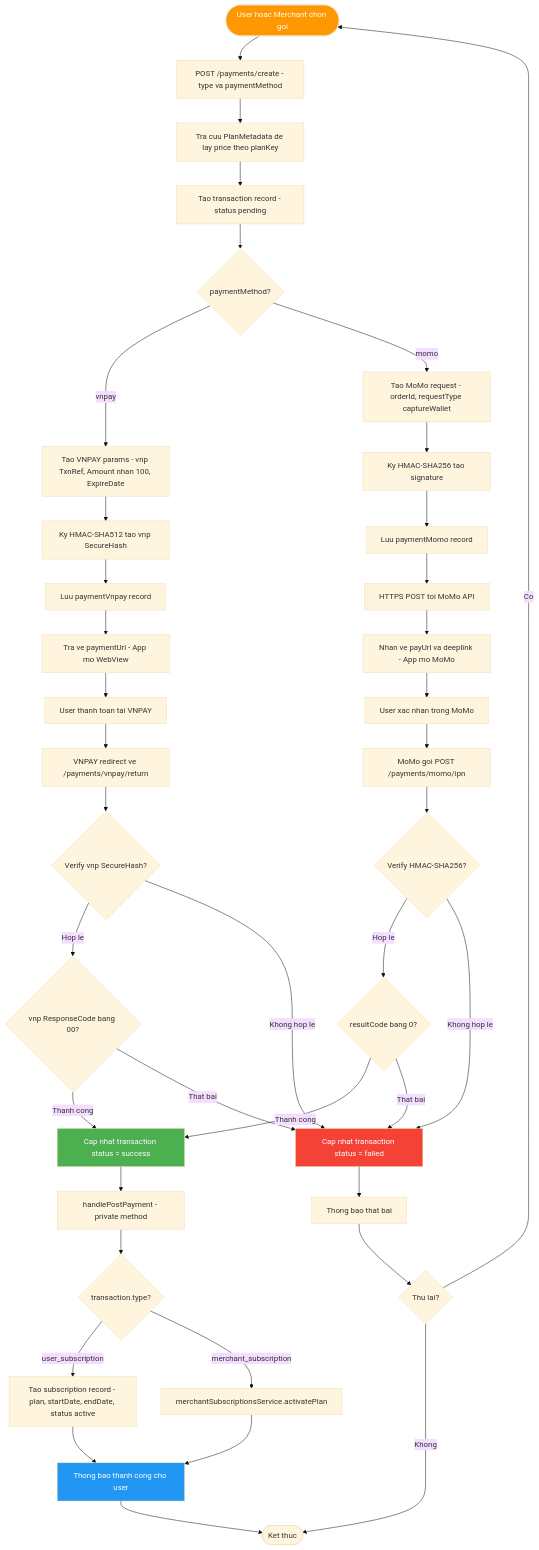
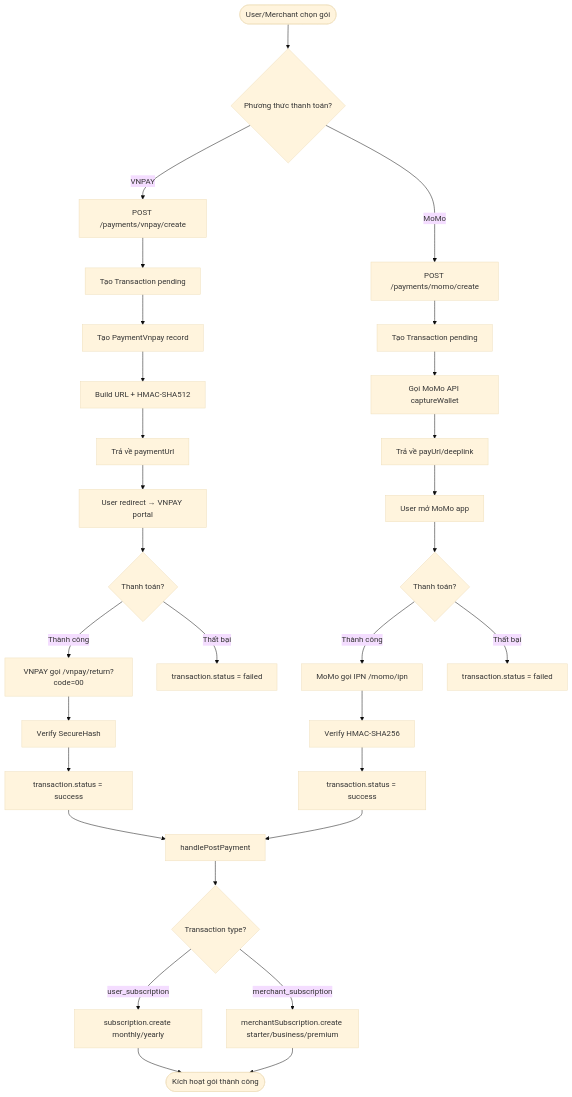
Before and after one commit to thankhanh/Seminar_sgu: diagram 14 of 14 in docs/diagrams.md, drawn with Mermaid (base theme). The commit also changed other lines of this file and 3 other files, not shown here.

````diff
--- a/docs/diagrams.md
+++ b/docs/diagrams.md
@@ -693,57 +623,35 @@
 ```mermaid
 flowchart TD
-    A4([User hoac Merchant chon goi]) --> B4[POST /payments/create - type va paymentMethod]
-    B4 --> C4[Tra cuu PlanMetadata de lay price theo planKey]
-    C4 --> D4[Tao transaction record - status pending]
+    A([User/Merchant chọn gói]) --> B{Phương thức thanh toán?}
+    B -->|VNPAY| C[POST /payments/vnpay/create]
+    B -->|MoMo| D[POST /payments/momo/create]
 
-    D4 --> E4{paymentMethod?}
+    C --> E[Tạo Transaction pending]
+    E --> F[Tạo PaymentVnpay record]
+    F --> G[Build URL + HMAC-SHA512]
+    G --> H[Trả về paymentUrl]
+    H --> I[User redirect → VNPAY portal]
+    I --> J{Thanh toán?}
+    J -->|Thành công| K[VNPAY gọi /vnpay/return?code=00]
+    J -->|Thất bại| L[transaction.status = failed]
+    K --> M[Verify SecureHash]
+    M --> N[transaction.status = success]
 
-    E4 -->|vnpay| F4[Tao VNPAY params - vnp TxnRef, Amount nhan 100, ExpireDate]
-    F4 --> G4[Ky HMAC-SHA512 tao vnp SecureHash]
-    G4 --> G4a[Luu paymentVnpay record]
-    G4a --> H4[Tra ve paymentUrl - App mo WebView]
-    H4 --> I4[User thanh toan tai VNPAY]
-    I4 --> J4[VNPAY redirect ve /payments/vnpay/return]
-    J4 --> K4{Verify vnp SecureHash?}
+    D --> O[Tạo Transaction pending]
+    O --> P[Gọi MoMo API captureWallet]
+    P --> Q[Trả về payUrl/deeplink]
+    Q --> R[User mở MoMo app]
+    R --> S{Thanh toán?}
+    S -->|Thành công| T[MoMo gọi IPN /momo/ipn]
+    S -->|Thất bại| U[transaction.status = failed]
+    T --> V[Verify HMAC-SHA256]
+    V --> W[transaction.status = success]
 
-    E4 -->|momo| L4[Tao MoMo request - orderId, requestType captureWallet]
-    L4 --> M4[Ky HMAC-SHA256 tao signature]
-    M4 --> M4a[Luu paymentMomo record]
-    M4a --> N4[HTTPS POST toi MoMo API]
-    N4 --> O4[Nhan ve payUrl va deeplink - App mo MoMo]
-    O4 --> P4[User xac nhan trong MoMo]
-    P4 --> Q4[MoMo goi POST /payments/momo/ipn]
-    Q4 --> R4{Verify HMAC-SHA256?}
-
-    K4 -->|Hop le| S4{vnp ResponseCode bang 00?}
-    K4 -->|Khong hop le| T4[Cap nhat transaction status = failed]
-
-    R4 -->|Hop le| U4{resultCode bang 0?}
-    R4 -->|Khong hop le| T4
-
-    S4 -->|Thanh cong| V4[Cap nhat transaction status = success]
-    S4 -->|That bai| T4
-
-    U4 -->|Thanh cong| V4
-    U4 -->|That bai| T4
-
-    V4 --> W4[handlePostPayment - private method]
-    W4 --> X4{transaction.type?}
-    X4 -->|user_subscription| Y4[Tao subscription record - plan, startDate, endDate, status active]
-    X4 -->|merchant_subscription| Z4[merchantSubscriptionsService.activatePlan]
-
-    Y4 --> AA4[Thong bao thanh cong cho user]
-    Z4 --> AA4
-
-    T4 --> AB4[Thong bao that bai]
-    AB4 --> AC4{Thu lai?}
-    AC4 -->|Co| A4
-    AC4 -->|Khong| AD4([Ket thuc])
-
-    AA4 --> AD4
-
-    style A4 fill:#FF9800,color:#fff
-    style V4 fill:#4CAF50,color:#fff
-    style T4 fill:#f44336,color:#fff
-    style AA4 fill:#2196F3,color:#fff
+    N --> X[handlePostPayment]
+    W --> X
+    X --> Y{Transaction type?}
+    Y -->|user_subscription| Z[subscription.create monthly/yearly]
+    Y -->|merchant_subscription| AA[merchantSubscription.create starter/business/premium]
+    Z --> AB([Kích hoạt gói thành công])
+    AA --> AB
 ```
````
